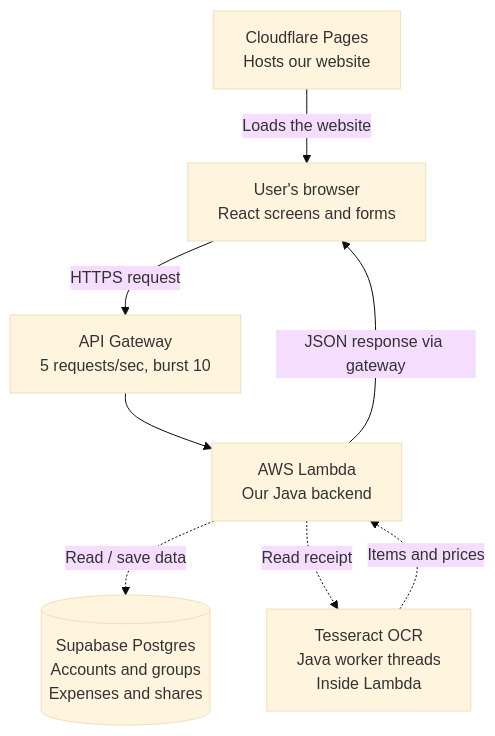
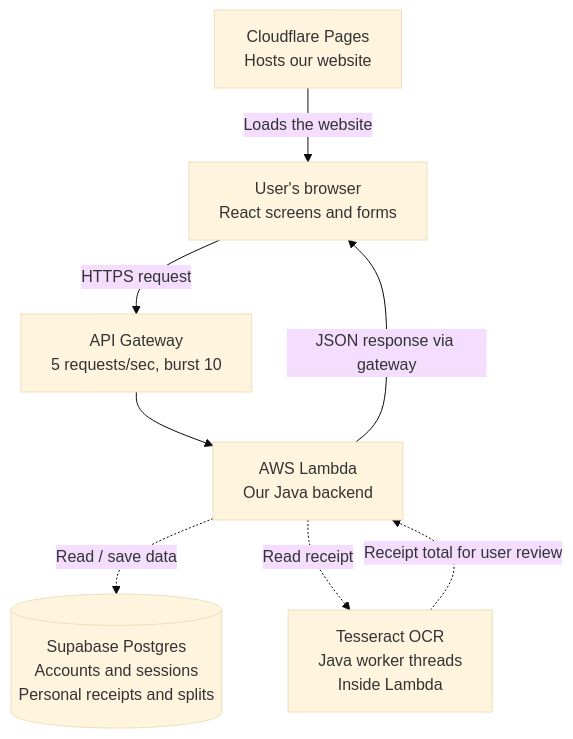
The first of 2 diagrams in README.md (acesava/CSCI201-Team3), drawn with Mermaid (base theme) before and after one commit. The commit also changed other lines of this file and 3 other files, not shown here.

Commit message:
Align starter with receipt scanning and personal bill splits (#8)

````diff
--- a/README.md
+++ b/README.md
@@ -16,10 +20,10 @@
 ```mermaid
 flowchart TD
     CF["Cloudflare Pages<br/>Hosts our website"] -->|Loads the website| FE["User's browser<br/>React screens and forms"]
     FE -->|HTTPS request| GW["API Gateway<br/>5 requests/sec, burst 10"]
     GW --> API["AWS Lambda<br/>Our Java backend"]
     API -->|JSON response via gateway| FE
-    API -.->|Read / save data| DB[("Supabase Postgres<br/>Accounts and groups<br/>Expenses and shares")]
+    API -.->|Read / save data| DB[("Supabase Postgres<br/>Accounts and sessions<br/>Personal receipts and splits")]
     API -.->|Read receipt| OCR["Tesseract OCR<br/>Java worker threads<br/>Inside Lambda"]
-    OCR -.->|Items and prices| API
+    OCR -.->|Receipt total for user review| API
 ```
````
